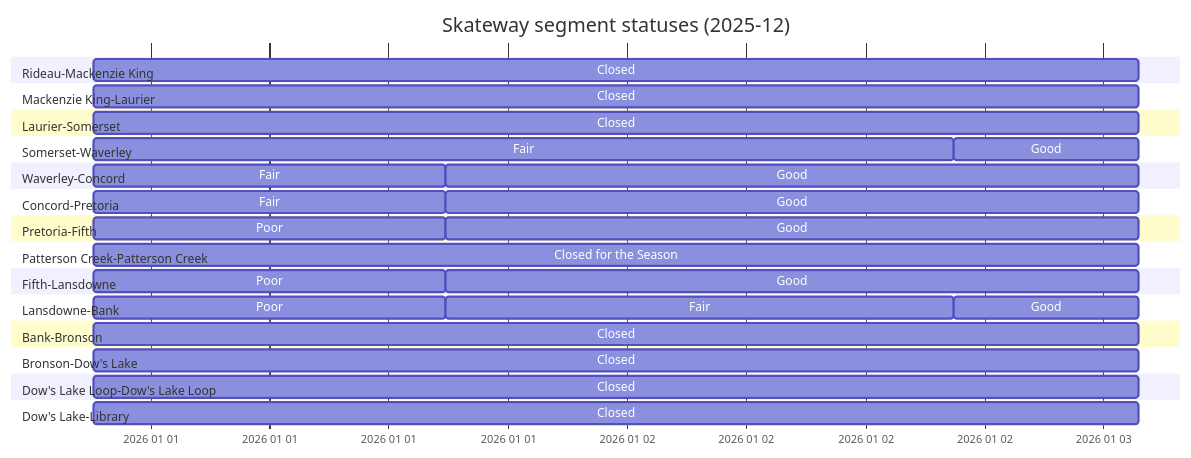
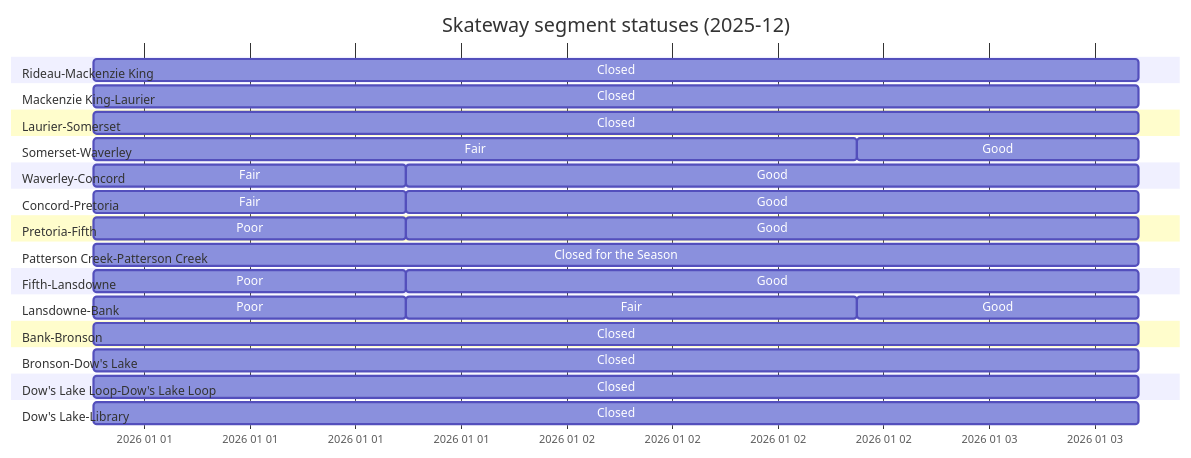
One commit to PatLittle/skateway_data changed the diagram in gantt.md. Above: the diagram before and after it, drawn with Mermaid. The commit also changed 2 other files, not shown here.

````diff
--- a/gantt.md
+++ b/gantt.md
@@ -2,51 +2,51 @@
 ```mermaid
 ---
 topAxis: true
 displayMode: compact
 config:
   themeCSS: " #vg { fill: Green } #g {fill: yellow} #f {fill: orange} #p {fill: red}      \n
 #c {fill: Black} #cs {fill: Black} #sc {fill: White} #wo {fill: saddlebrown} \n
             text[id^=cs] { fill: red; } text[id^=sc] { fill: red; }
         "
 ---
 
 gantt
   title Skateway segment statuses (2025-12)
   dateFormat  YYYY-MM-DD HH:mm:ss
   axisFormat  %Y %m %d
   section Rideau-Mackenzie King
-  Closed: c, 2025-12-31 21:07:33, 2026-01-03 01:45:41
+  Closed: c, 2025-12-31 21:07:33, 2026-01-03 08:29:34
   section Mackenzie King-Laurier
-  Closed: c, 2025-12-31 21:07:33, 2026-01-03 01:45:41
+  Closed: c, 2025-12-31 21:07:33, 2026-01-03 08:29:34
   section Laurier-Somerset
-  Closed: c, 2025-12-31 21:07:33, 2026-01-03 01:45:41
+  Closed: c, 2025-12-31 21:07:33, 2026-01-03 08:29:34
   section Somerset-Waverley
   Fair: f, 2025-12-31 21:07:33, 2026-01-02 16:28:08
-  Good: g, 2026-01-02 16:28:08, 2026-01-03 01:45:41
+  Good: g, 2026-01-02 16:28:08, 2026-01-03 08:29:34
   section Waverley-Concord
   Fair: f, 2025-12-31 21:07:33, 2026-01-01 14:52:27
-  Good: g, 2026-01-01 14:52:27, 2026-01-03 01:45:41
+  Good: g, 2026-01-01 14:52:27, 2026-01-03 08:29:34
   section Concord-Pretoria
   Fair: f, 2025-12-31 21:07:33, 2026-01-01 14:52:27
-  Good: g, 2026-01-01 14:52:27, 2026-01-03 01:45:41
+  Good: g, 2026-01-01 14:52:27, 2026-01-03 08:29:34
   section Pretoria-Fifth
   Poor: p, 2025-12-31 21:07:33, 2026-01-01 14:52:27
-  Good: g, 2026-01-01 14:52:27, 2026-01-03 01:45:41
+  Good: g, 2026-01-01 14:52:27, 2026-01-03 08:29:34
   section Patterson Creek-Patterson Creek
-  Closed for the Season: cs, 2025-12-31 21:07:33, 2026-01-03 01:45:41
+  Closed for the Season: cs, 2025-12-31 21:07:33, 2026-01-03 08:29:34
   section Fifth-Lansdowne
   Poor: p, 2025-12-31 21:07:33, 2026-01-01 14:52:27
-  Good: g, 2026-01-01 14:52:27, 2026-01-03 01:45:41
+  Good: g, 2026-01-01 14:52:27, 2026-01-03 08:29:34
   section Lansdowne-Bank
   Poor: p, 2025-12-31 21:07:33, 2026-01-01 14:52:27
   Fair: f, 2026-01-01 14:52:27, 2026-01-02 16:28:08
-  Good: g, 2026-01-02 16:28:08, 2026-01-03 01:45:41
+  Good: g, 2026-01-02 16:28:08, 2026-01-03 08:29:34
   section Bank-Bronson
-  Closed: c, 2025-12-31 21:07:33, 2026-01-03 01:45:41
+  Closed: c, 2025-12-31 21:07:33, 2026-01-03 08:29:34
   section Bronson-Dow's Lake
-  Closed: c, 2025-12-31 21:07:33, 2026-01-03 01:45:41
+  Closed: c, 2025-12-31 21:07:33, 2026-01-03 08:29:34
   section Dow's Lake Loop-Dow's Lake Loop
-  Closed: c, 2025-12-31 21:07:33, 2026-01-03 01:45:41
+  Closed: c, 2025-12-31 21:07:33, 2026-01-03 08:29:34
   section Dow's Lake-Library
-  Closed: c, 2025-12-31 21:07:33, 2026-01-03 01:45:41
+  Closed: c, 2025-12-31 21:07:33, 2026-01-03 08:29:34
 ```
````
